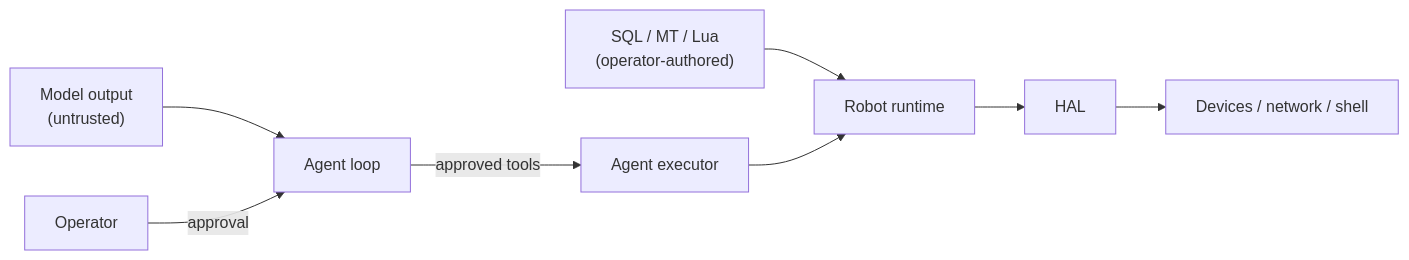
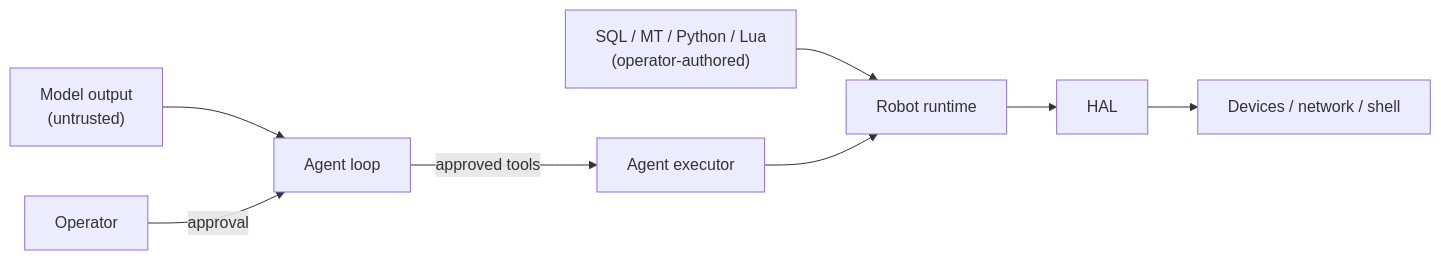
One commit to gopsc/mybot changed the diagram in docs/security.md. Above: the diagram before and after it, drawn with Mermaid. The commit also changed other lines of this file and 30 other files, not shown here.

First line of the commit message:
feat(drivers): support native Python modules from SQL

````diff
--- a/docs/security.md
+++ b/docs/security.md
@@ -16,10 +16,10 @@
 ```mermaid
 flowchart LR
     MODEL["Model output<br/>(untrusted)"] --> AGENT["Agent loop"]
-    SCRIPT["SQL / MT / Lua<br/>(operator-authored)"] --> RUNTIME["Robot runtime"]
+    SCRIPT["SQL / MT / Python / Lua<br/>(operator-authored)"] --> RUNTIME["Robot runtime"]
     AGENT -->|approved tools| EXEC["Agent executor"]
     EXEC --> RUNTIME
     RUNTIME --> HAL
     HAL --> DEV[Devices / network / shell]
     OPERATOR["Operator"] -->|approval| AGENT
 ```
````
